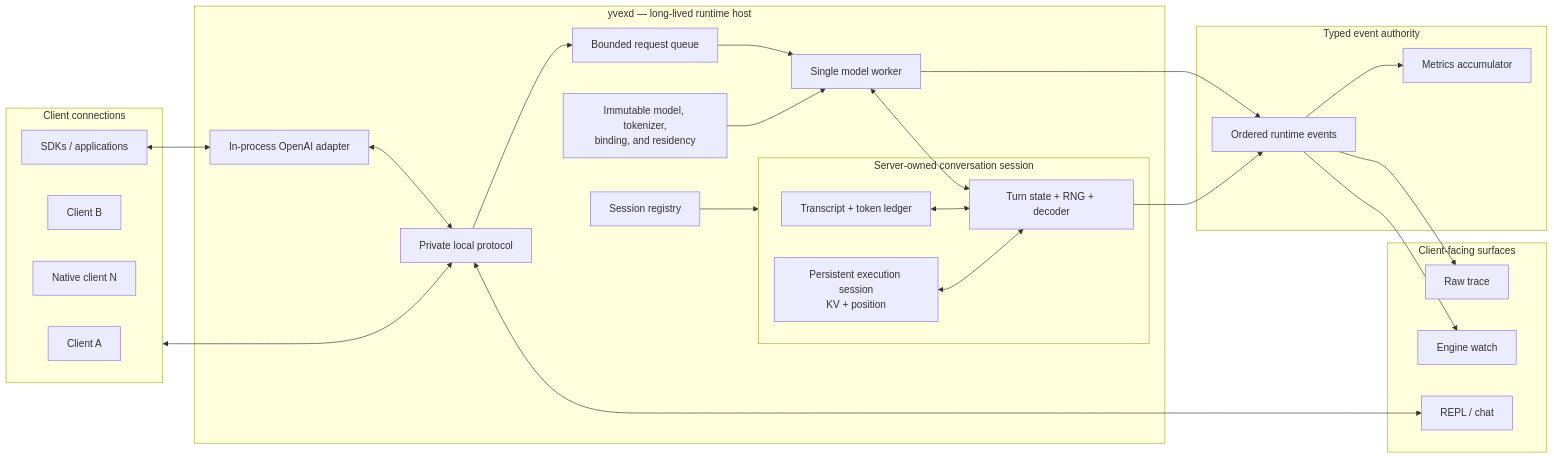
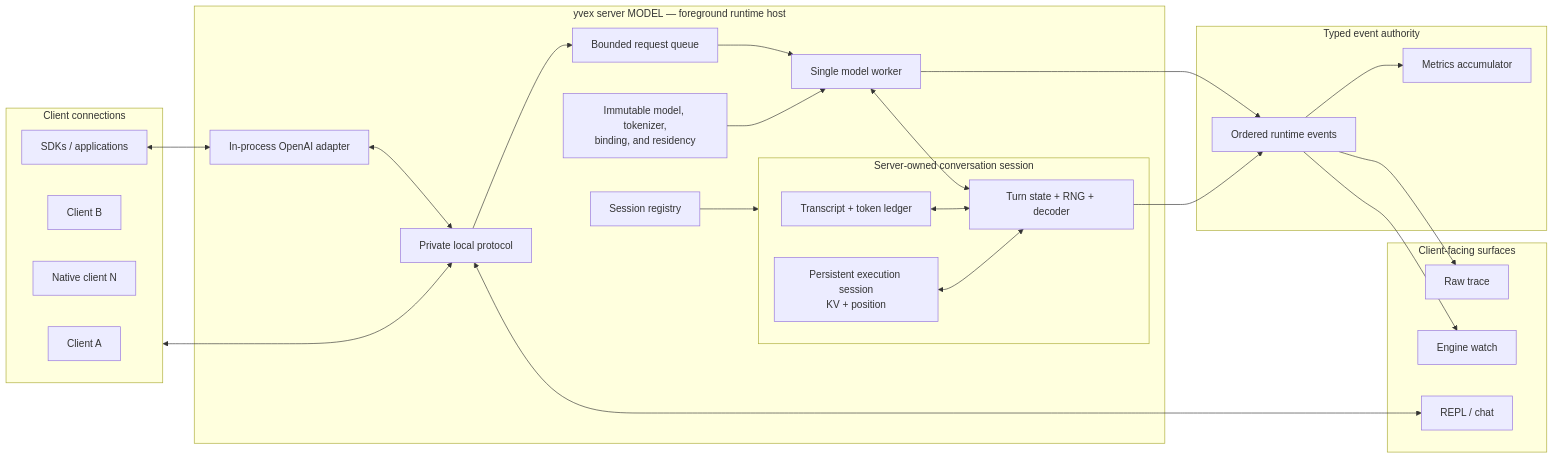
The diagram in docs/diagrams/runtime_host_sessions.mmd (yailabs/clori), drawn with Mermaid before and after one commit. The commit also changed 50 other files, not shown here.

```diff
--- a/docs/diagrams/runtime_host_sessions.mmd
+++ b/docs/diagrams/runtime_host_sessions.mmd
@@ -1,50 +1,50 @@
 flowchart LR
     subgraph clients[Client connections]
         client_a[Client A]
         client_b[Client B]
         native_n[Native client N]
         apps[SDKs / applications]
     end
 
-    subgraph host[yvexd — long-lived runtime host]
+    subgraph host[yvex server MODEL — foreground runtime host]
         protocol[Private local protocol]
         openai[In-process OpenAI adapter]
         resources[Immutable model, tokenizer,<br/>binding, and residency]
         queue[Bounded request queue]
         worker[Single model worker]
         registry[Session registry]
 
         subgraph session[Server-owned conversation session]
             transcript[Transcript + token ledger]
             execution[Persistent execution session<br/>KV + position]
             turn[Turn state + RNG + decoder]
         end
 
         protocol --> queue --> worker
         openai <--> protocol
         resources --> worker
         registry --> session
         worker <--> turn
         transcript <--> turn
         execution <--> turn
     end
 
     subgraph telemetry[Typed event authority]
         events[Ordered runtime events]
         metrics[Metrics accumulator]
         events --> metrics
     end
 
     subgraph surfaces[Client-facing surfaces]
         raw[Raw trace]
         watch[Engine watch]
         chat[REPL / chat]
     end
 
     clients <--> protocol
     apps <--> openai
     worker --> events
     turn --> events
     events --> raw
     events --> watch
     protocol <--> chat
```
